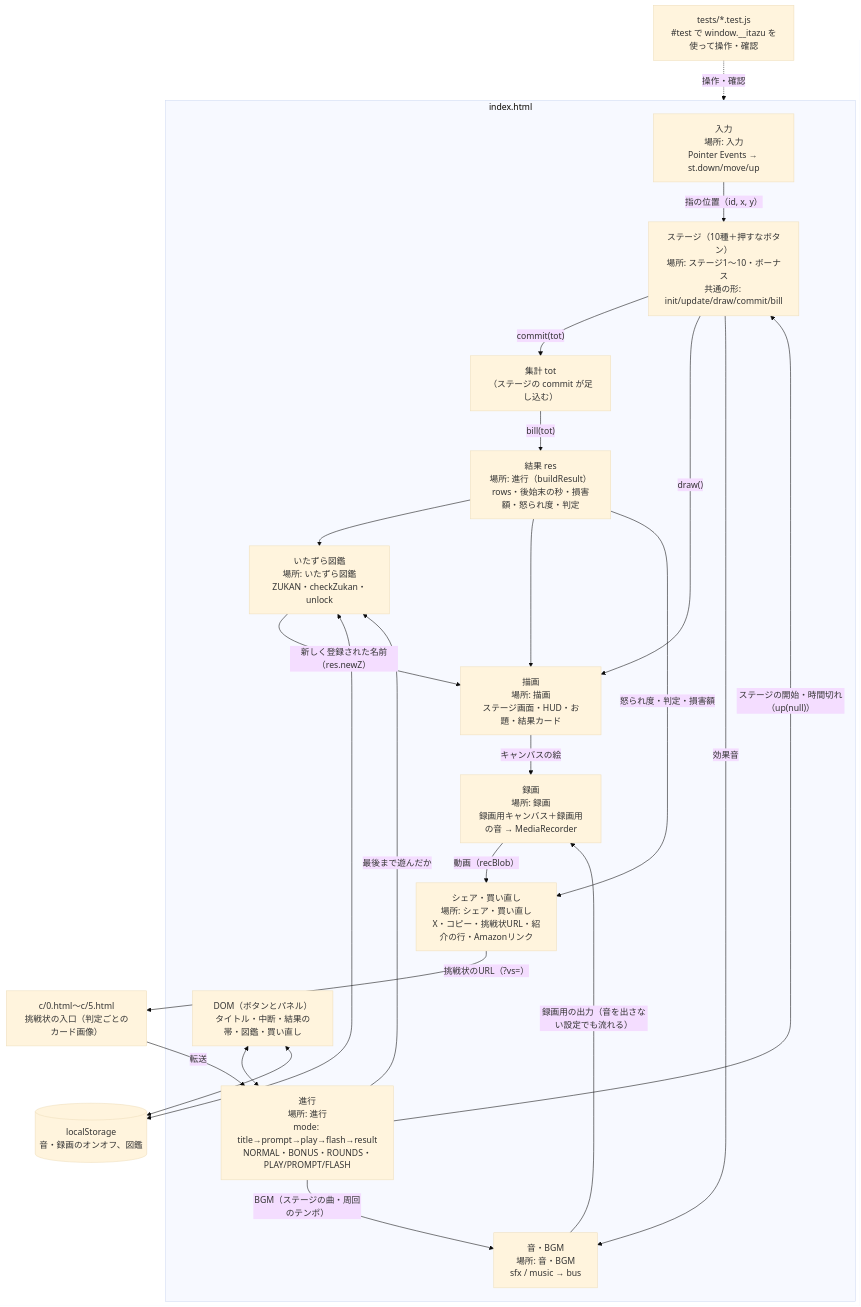
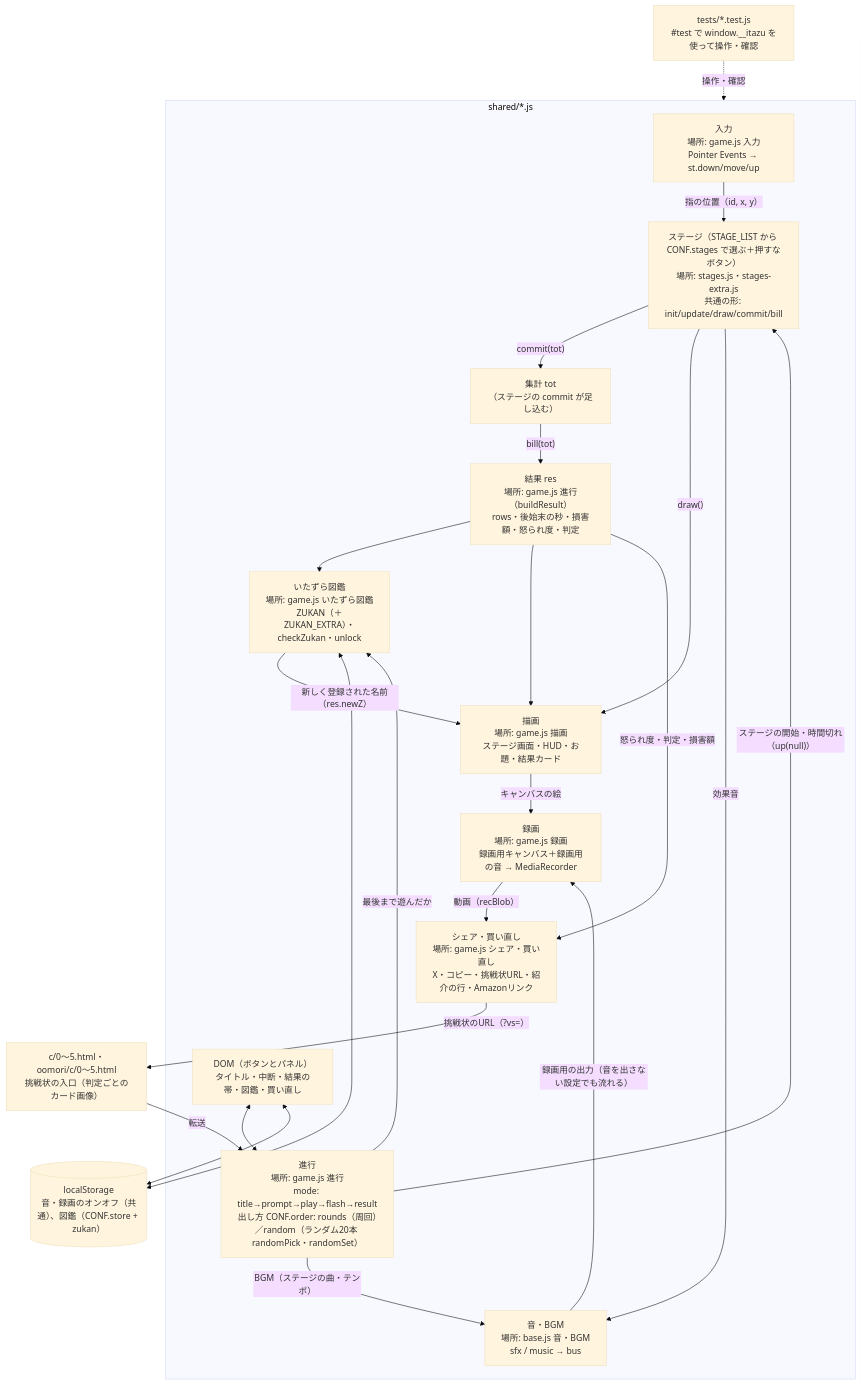
One commit to sakuichi/itazu-rush changed the second of 2 diagrams in docs/architecture.md. Above: the diagram before and after it, drawn with Mermaid (base theme). The commit also changed other lines of this file and 29 other files, not shown here.

First line of the commit message:
いたずラッシュ大盛り！を追加（共通部分を shared/ に切り出し、ランダム20本・新規5種）

````diff
--- a/docs/architecture.md
+++ b/docs/architecture.md
@@ -5,41 +30,41 @@
 ```mermaid
 flowchart TD
-  subgraph PAGE["index.html"]
-    IN["入力<br>場所: 入力<br>Pointer Events → st.down/move/up"]
-    ST["ステージ（10種＋押すなボタン）<br>場所: ステージ1〜10・ボーナス<br>共通の形: init/update/draw/commit/bill"]
-    FLOW["進行<br>場所: 進行<br>mode: title→prompt→play→flash→result<br>NORMAL・BONUS・ROUNDS・PLAY/PROMPT/FLASH"]
+  subgraph JS["shared/*.js"]
+    IN["入力<br>場所: game.js 入力<br>Pointer Events → st.down/move/up"]
+    ST["ステージ（STAGE_LIST から CONF.stages で選ぶ＋押すなボタン）<br>場所: stages.js・stages-extra.js<br>共通の形: init/update/draw/commit/bill"]
+    FLOW["進行<br>場所: game.js 進行<br>mode: title→prompt→play→flash→result<br>出し方 CONF.order: rounds（周回）／random（ランダム20本 randomPick・randomSet）"]
     TOT["集計 tot<br>（ステージの commit が足し込む）"]
-    RES["結果 res<br>場所: 進行（buildResult）<br>rows・後始末の秒・損害額・怒られ度・判定"]
-    ZK["いたずら図鑑<br>場所: いたずら図鑑<br>ZUKAN・checkZukan・unlock"]
-    DRAW["描画<br>場所: 描画<br>ステージ画面・HUD・お題・結果カード"]
-    SND["音・BGM<br>場所: 音・BGM<br>sfx / music → bus"]
-    REC["録画<br>場所: 録画<br>録画用キャンバス＋録画用の音 → MediaRecorder"]
-    SH["シェア・買い直し<br>場所: シェア・買い直し<br>X・コピー・挑戦状URL・紹介の行・Amazonリンク"]
+    RES["結果 res<br>場所: game.js 進行（buildResult）<br>rows・後始末の秒・損害額・怒られ度・判定"]
+    ZK["いたずら図鑑<br>場所: game.js いたずら図鑑<br>ZUKAN（＋ZUKAN_EXTRA）・checkZukan・unlock"]
+    DRAW["描画<br>場所: game.js 描画<br>ステージ画面・HUD・お題・結果カード"]
+    SND["音・BGM<br>場所: base.js 音・BGM<br>sfx / music → bus"]
+    REC["録画<br>場所: game.js 録画<br>録画用キャンバス＋録画用の音 → MediaRecorder"]
+    SH["シェア・買い直し<br>場所: game.js シェア・買い直し<br>X・コピー・挑戦状URL・紹介の行・Amazonリンク"]
     DOM["DOM（ボタンとパネル）<br>タイトル・中断・結果の帯・図鑑・買い直し"]
   end
-  LS[("localStorage<br>音・録画のオンオフ、図鑑")]
-  CH["c/0.html〜c/5.html<br>挑戦状の入口（判定ごとのカード画像）"]
+  LS[("localStorage<br>音・録画のオンオフ（共通）、図鑑（CONF.store + zukan）")]
+  CH["c/0〜5.html・oomori/c/0〜5.html<br>挑戦状の入口（判定ごとのカード画像）"]
   TEST["tests/*.test.js<br>#test で window.__itazu を使って操作・確認"]
 
   IN -- "指の位置（id, x, y）" --> ST
   FLOW -- "ステージの開始・時間切れ（up(null)）" --> ST
   ST -- "commit(tot)" --> TOT
   TOT -- "bill(tot)" --> RES
   FLOW -- "最後まで遊んだか" --> ZK
   RES --> ZK
   ZK -- "新しく登録された名前（res.newZ）" --> DRAW
   ST -- "draw()" --> DRAW
   RES --> DRAW
   ST -- "効果音" --> SND
-  FLOW -- "BGM（ステージの曲・周回のテンポ）" --> SND
+  FLOW -- "BGM（ステージの曲・テンポ）" --> SND
   DRAW -- "キャンバスの絵" --> REC
   SND -- "録画用の出力（音を出さない設定でも流れる）" --> REC
   REC -- "動画（recBlob）" --> SH
   RES -- "怒られ度・判定・損害額" --> SH
   SH -- "挑戦状のURL（?vs=）" --> CH
   CH -- "転送" --> FLOW
   DOM <--> FLOW
   ZK <--> LS
   DOM <--> LS
-  TEST -. "操作・確認" .-> PAGE
+  TEST -. "操作・確認" .-> JS
 ```
````
